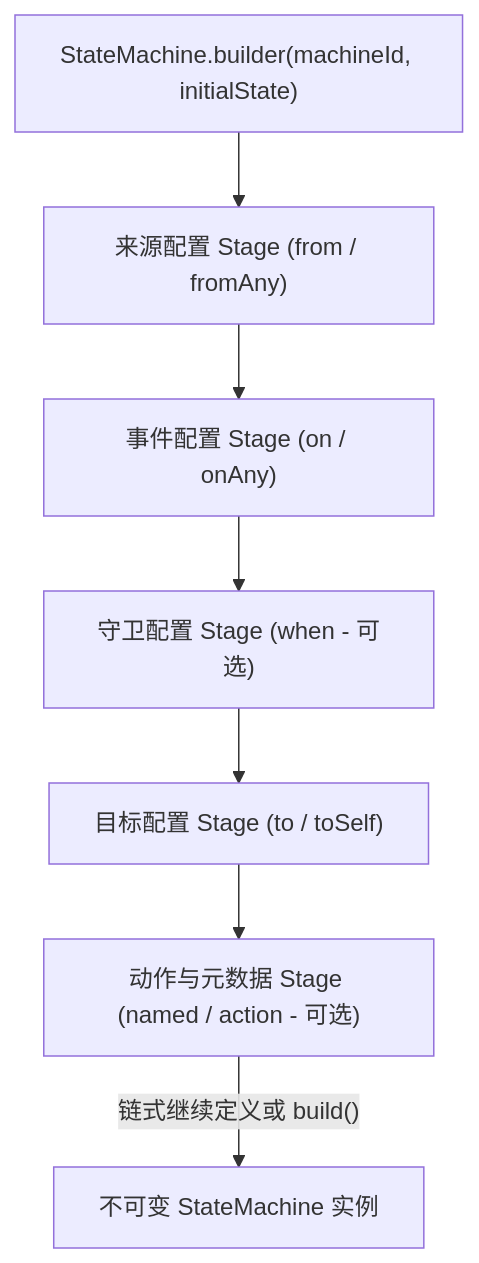
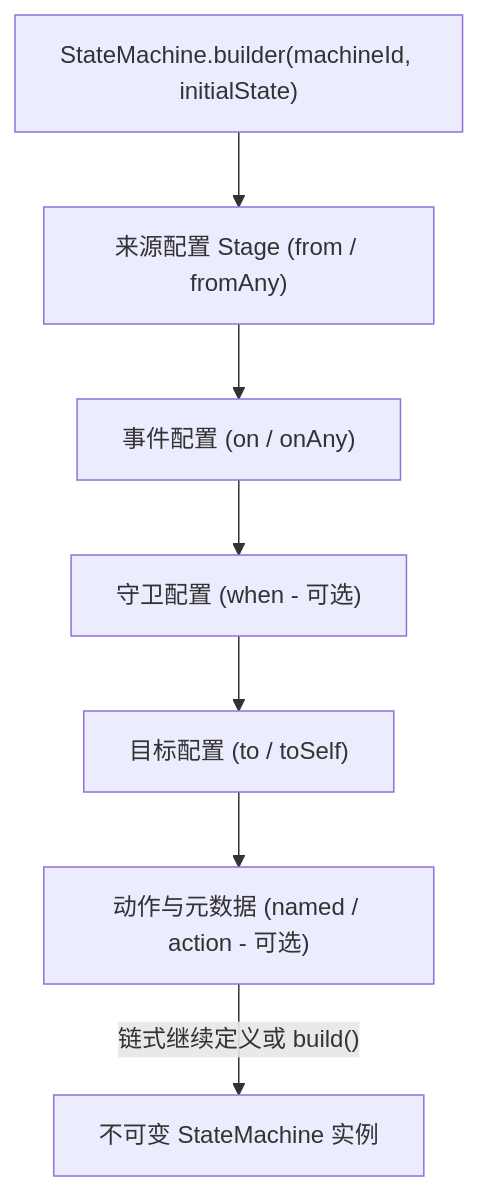
One commit to team4u/team4u-framework changed the first of 2 diagrams in docs/fsm/fsm-builder.md. Above: the diagram before and after it, drawn with Mermaid. The commit also changed other lines of this file and 142 other files, not shown here.

````diff
--- a/docs/fsm/fsm-builder.md
+++ b/docs/fsm/fsm-builder.md
@@ -11,9 +11,9 @@
 ```mermaid
 graph TD
     B["StateMachine.builder(machineId, initialState)"] --> S["来源配置 Stage (from / fromAny)"]
-    S --> E["事件配置 Stage (on / onAny)"]
-    E --> G["守卫配置 Stage (when - 可选)"]
-    G --> T["目标配置 Stage (to / toSelf)"]
-    T --> A["动作与元数据 Stage (named / action - 可选)"]
+    S --> E["事件配置 (on / onAny)"]
+    E --> G["守卫配置 (when - 可选)"]
+    G --> T["目标配置 (to / toSelf)"]
+    T --> A["动作与元数据 (named / action - 可选)"]
     A -->|"链式继续定义或 build()"| SM["不可变 StateMachine 实例"]
 ```
````
